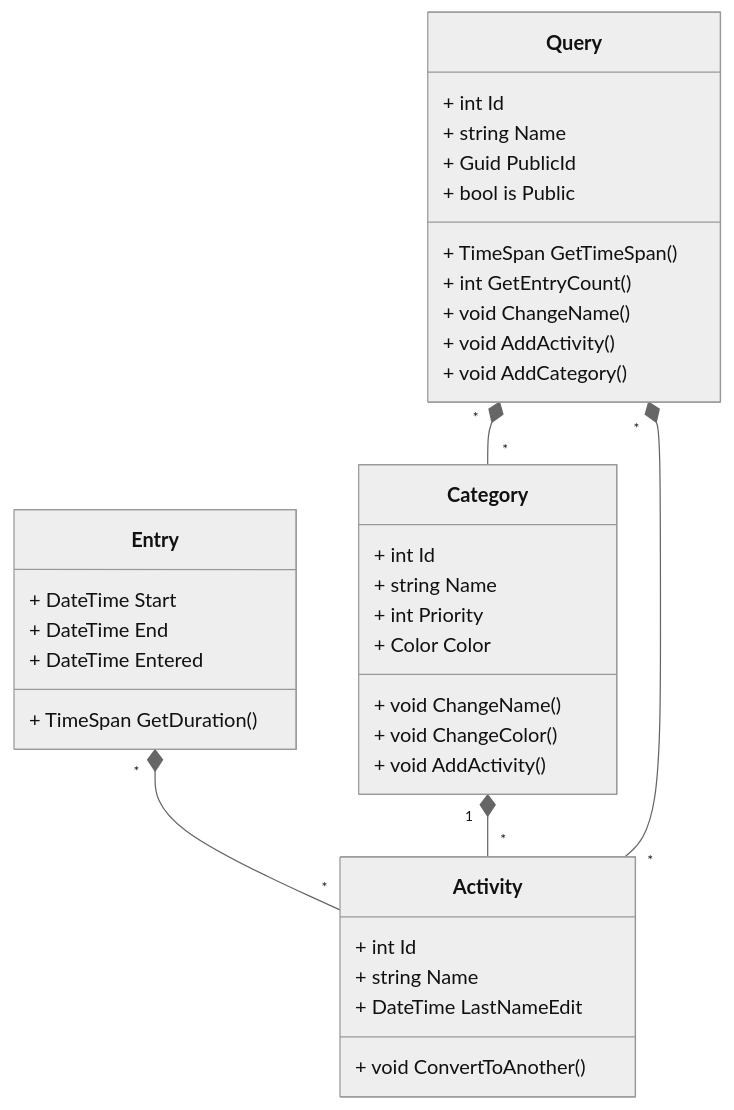
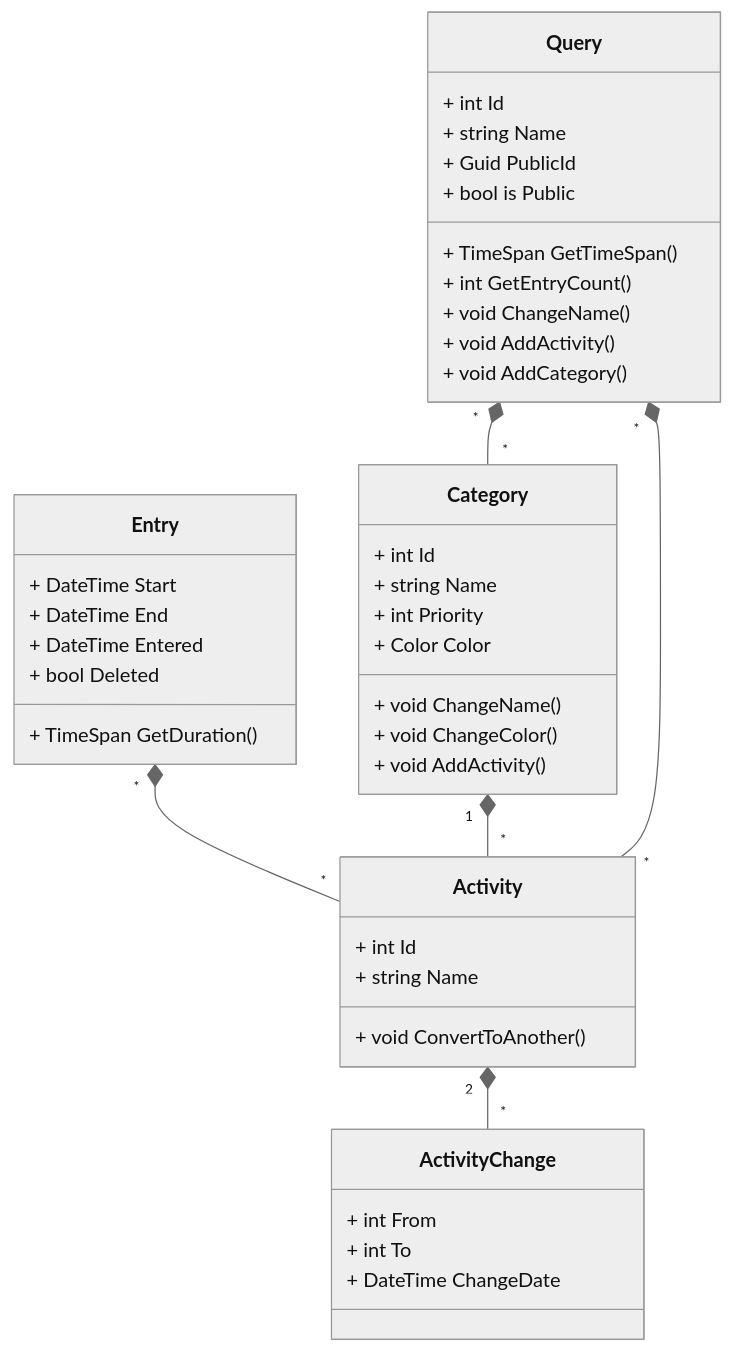
The first of 5 diagrams in Documentation/Design Analysis/Problem Domain Analysis.md (theodor349/WeeklyReview), drawn with Mermaid (neutral theme) before and after one commit. The commit also changed other lines of this file and 2 other files, not shown here.

Commit message:
Added Notion of Rollback for activity name change

````diff
--- a/Documentation/Design Analysis/Problem Domain Analysis.md
+++ b/Documentation/Design Analysis/Problem Domain Analysis.md
@@ -100,40 +109,46 @@
 ```mermaid
 classDiagram
   Entry "*" *-- "*" Activity 
+  Activity "2" *-- "*" ActivityChange 
   Category "1" *-- "*" Activity
   Query "*" *-- "*" Activity
   Query "*" *-- "*" Category
 
   class Entry {
     + DateTime Start
     + DateTime End
     + DateTime Entered
+    + bool Deleted
     + TimeSpan GetDuration()
   }
   class Activity {
     + int Id
     + string Name
-    + DateTime LastNameEdit
     + void ConvertToAnother()
+  }
+  class ActivityChange{
+    + int From
+    + int To
+    + DateTime ChangeDate
   }
   class Category {
     + int Id
     + string Name
     + int Priority
     + Color Color
     + void ChangeName()
     + void ChangeColor()
     + void AddActivity()
   }
   class Query {
     + int Id
     + string Name
     + Guid PublicId
     + bool is Public
     + TimeSpan GetTimeSpan()
     + int GetEntryCount()
     + void ChangeName()
     + void AddActivity()
     + void AddCategory()
   }
 ```
````
